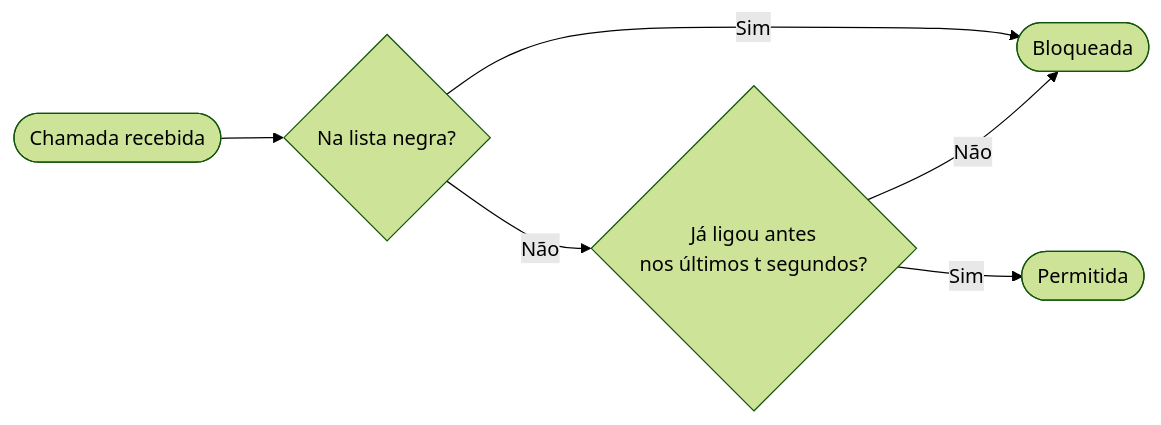
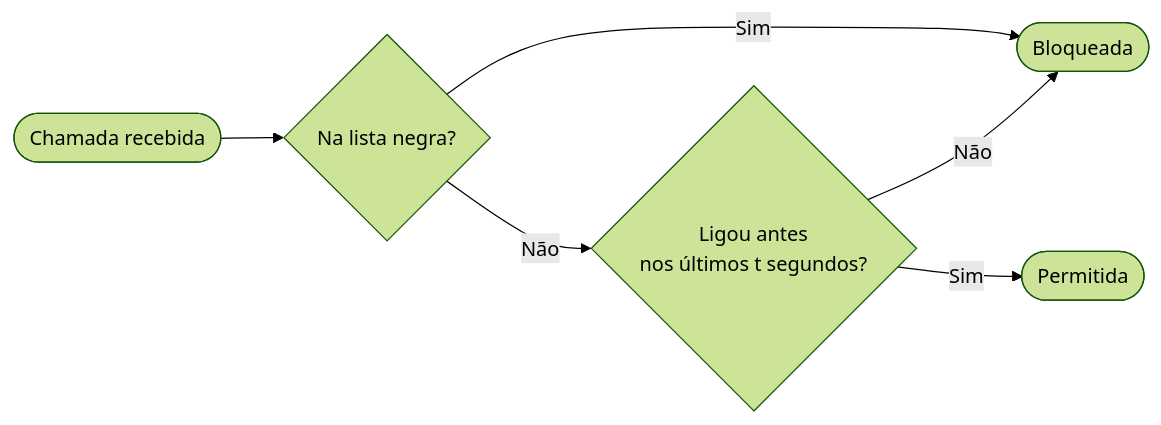
One commit to acdcmaia/call-guard changed the diagram in README.md. Above: the diagram before and after it, drawn with Mermaid (forest theme).

````diff
--- a/README.md
+++ b/README.md
@@ -7,8 +7,8 @@
 ```mermaid
 flowchart LR
     A([Chamada recebida]) --> B{Na lista negra?}
     B -- Sim --> C([Bloqueada])
-    B -- Não --> D{Já ligou antes\nnos últimos t segundos?}
+    B -- Não --> D{Ligou antes\nnos últimos t segundos?}
     D -- Não --> C
     D -- Sim --> E([Permitida])
 ```
````
